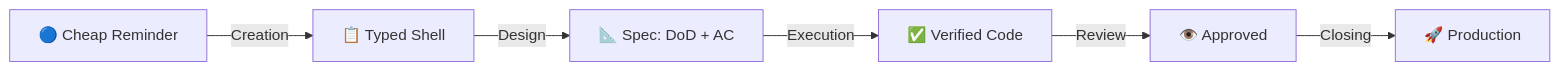
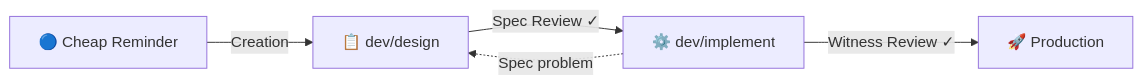
One commit to MariusWilsch/public-wilsch-ai-pages changed the first of 2 diagrams in global/issue-lifecycle-router.md. Above: the diagram before and after it, drawn with Mermaid. The commit also changed other lines of this file and 1 other file, not shown here.

````diff
--- a/global/issue-lifecycle-router.md
+++ b/global/issue-lifecycle-router.md
@@ -19,8 +19,7 @@
 ```mermaid
 graph LR
-    A["🔵 Cheap Reminder"] -->|Creation| B["📋 Typed Shell"]
-    B -->|Design| C["📐 Spec: DoD + AC"]
-    C -->|Execution| D["✅ Verified Code"]
-    D -->|Review| E["👁️ Approved"]
-    E -->|Closing| F["🚀 Production"]
+    A["🔵 Cheap Reminder"] -->|Creation| B["📋 dev/design"]
+    B -->|"Spec Review ✓"| C["⚙️ dev/implement"]
+    C -->|"Witness Review ✓"| D["🚀 Production"]
+    C -.->|"Spec problem"| B
 ```
````
